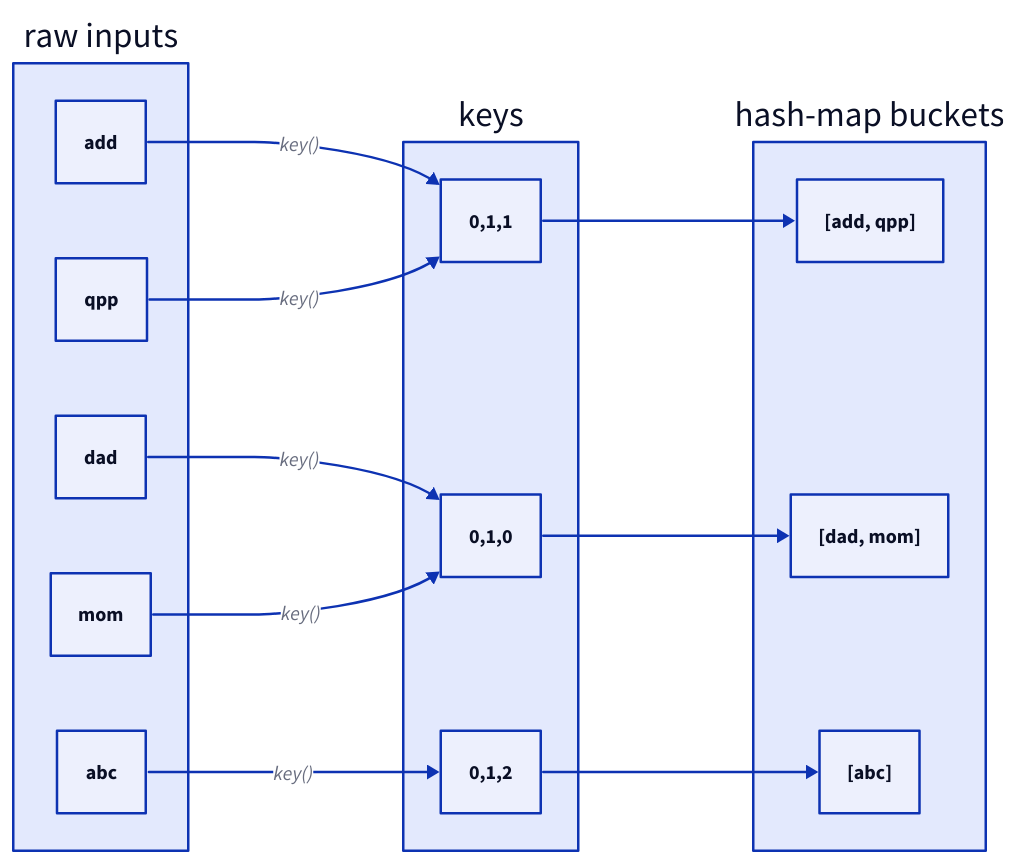
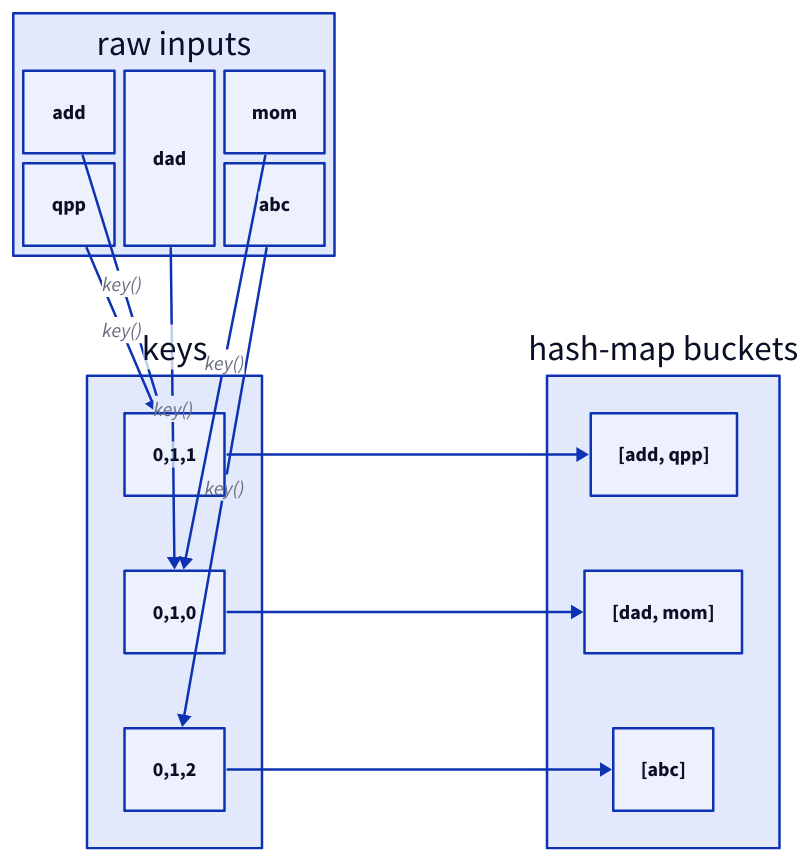
The first of 5 diagrams in src/computer-science/DSA/data-structures/4.hash-table/07-pattern-pattern-generation.md (ani2fun/note-book), drawn with D2 before and after one commit. The commit also changed other lines of this file and 28 other files, not shown here.

First line of the commit message:
DSA topics 1-5: lay out flow-style d2 diagrams horizontally

````diff
--- a/src/computer-science/DSA/data-structures/4.hash-table/07-pattern-pattern-generation.md
+++ b/src/computer-science/DSA/data-structures/4.hash-table/07-pattern-pattern-generation.md
@@ -30,33 +30,35 @@
 ```d2
 direction: right
 
 inp: raw inputs {
+  grid-columns: 3
+  grid-gap: 8
   a: add
   b: qpp
   c: dad
   d: mom
   e: abc
 }
 
 keys: keys {
   k1: "0,1,1"
   k2: "0,1,0"
   k3: "0,1,2"
 }
 
 buckets: hash-map buckets {
   g1: "[add, qpp]"
   g2: "[dad, mom]"
   g3: "[abc]"
 }
 
 inp.a -> keys.k1: "key()"
 inp.b -> keys.k1: "key()"
 inp.c -> keys.k2: "key()"
 inp.d -> keys.k2: "key()"
 inp.e -> keys.k3: "key()"
 
 keys.k1 -> buckets.g1
 keys.k2 -> buckets.g2
 keys.k3 -> buckets.g3
 ```
````
